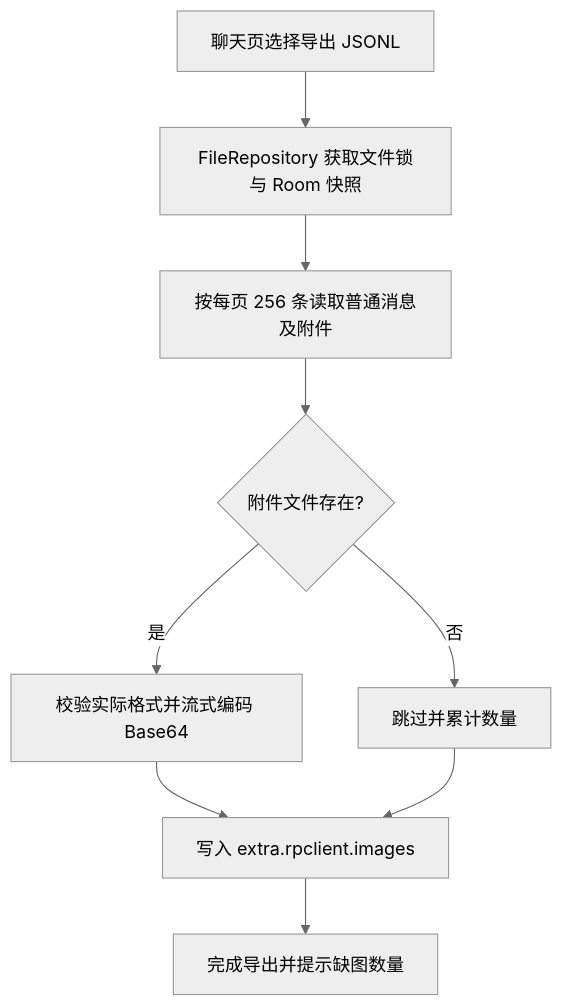
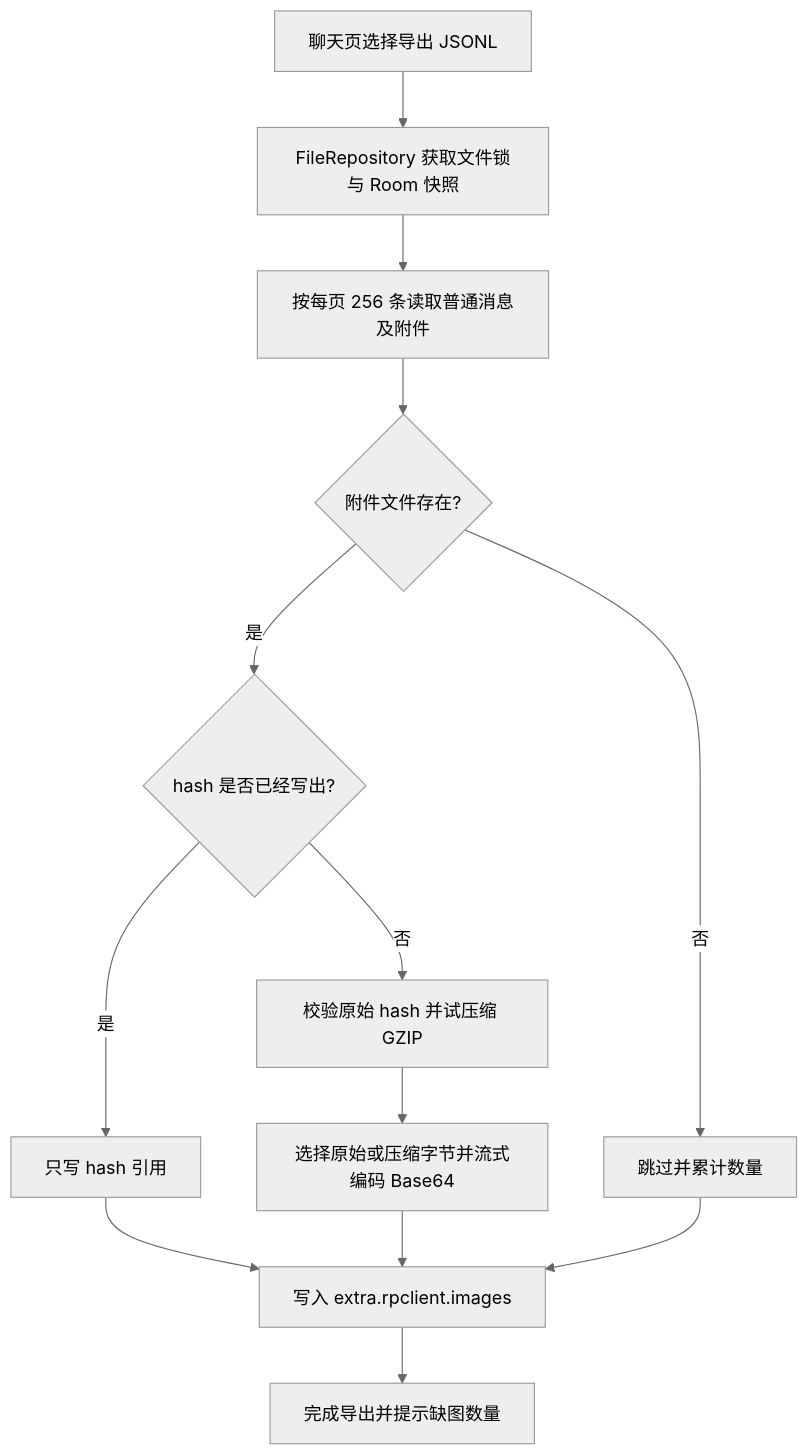
One commit to ChaoEcho/RPClient changed the second of 3 diagrams in doc/图片发送功能实现与维护指南.md. Above: the diagram before and after it, drawn with Mermaid (neutral theme). The commit also changed other lines of this file and 10 other files, not shown here.

First line of the commit message:
feat: 优化聊天图片归档压缩与 hash 去重

````diff
--- a/doc/图片发送功能实现与维护指南.md
+++ b/doc/图片发送功能实现与维护指南.md
@@ -476,11 +488,15 @@
 ```mermaid
 flowchart TD
     A[聊天页选择导出 JSONL] --> B[FileRepository 获取文件锁与 Room 快照]
     B --> C[按每页 256 条读取普通消息及附件]
     C --> D{附件文件存在?}
-    D -->|是| E[校验实际格式并流式编码 Base64]
+    D -->|是| E{hash 是否已经写出?}
+    E -->|是| R[只写 hash 引用]
+    E -->|否| P[校验原始 hash 并试压缩 GZIP]
+    P --> Q[选择原始或压缩字节并流式编码 Base64]
     D -->|否| F[跳过并累计数量]
-    E --> G[写入 extra.rpclient.images]
+    R --> G[写入 extra.rpclient.images]
+    Q --> G
     F --> G
     G --> H[完成导出并提示缺图数量]
 ```
````
